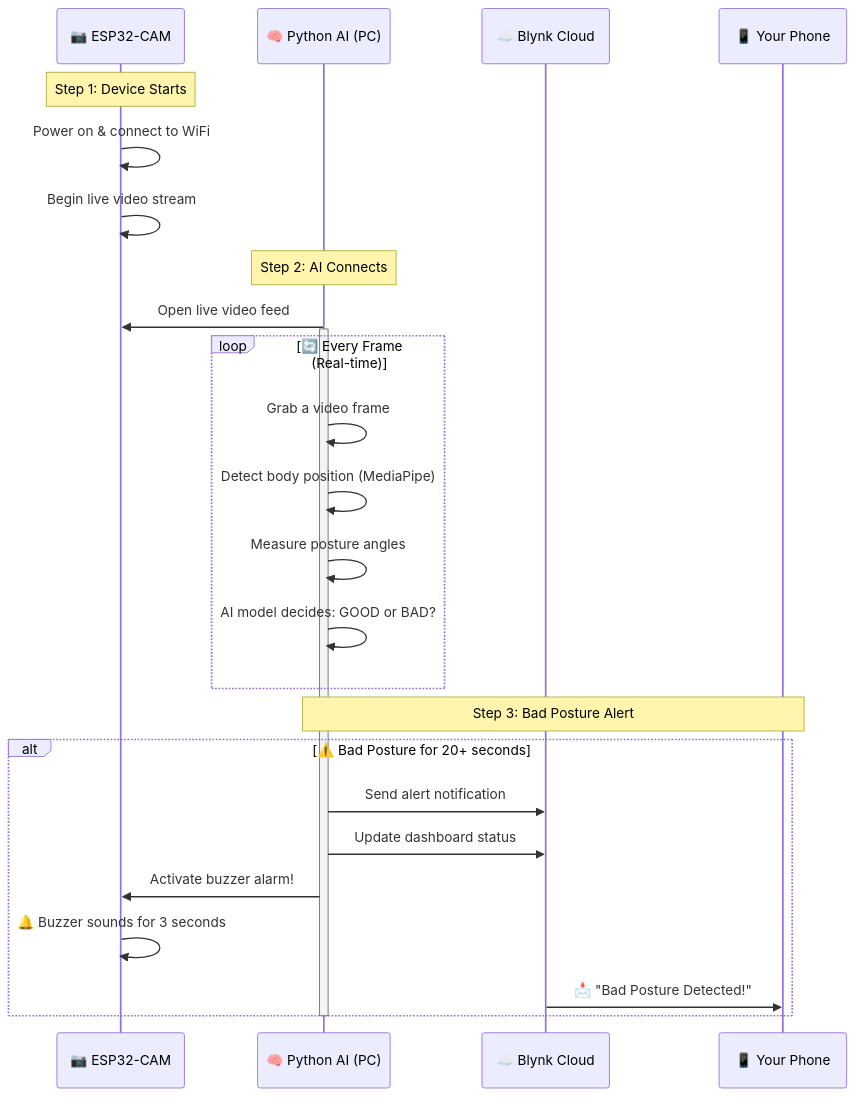
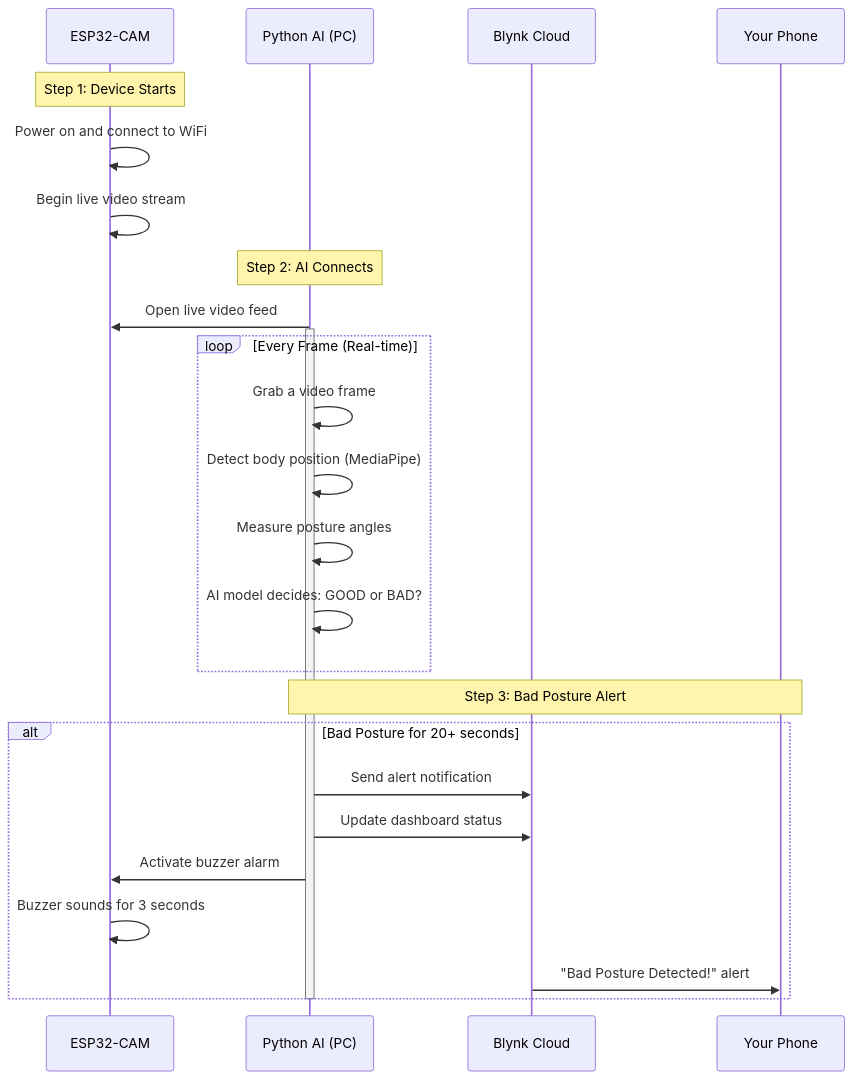
The second of 3 diagrams in README.md (Fatin007/Sitting_Posture_Detection), drawn with Mermaid before and after one commit.

````diff
--- a/README.md
+++ b/README.md
@@ -76,33 +76,33 @@
 ```mermaid
 sequenceDiagram
-    participant CAM as 📷 ESP32-CAM
-    participant AI as 🧠 Python AI (PC)
-    participant CLOUD as ☁️ Blynk Cloud
-    participant PHONE as 📱 Your Phone
+    participant CAM as ESP32-CAM
+    participant AI as Python AI (PC)
+    participant CLOUD as Blynk Cloud
+    participant PHONE as Your Phone
 
     Note over CAM: Step 1: Device Starts
-    CAM->>CAM: Power on & connect to WiFi
+    CAM->>CAM: Power on and connect to WiFi
     CAM->>CAM: Begin live video stream
 
     Note over AI: Step 2: AI Connects
     AI->>CAM: Open live video feed
     activate AI
 
-    loop 🔄 Every Frame (Real-time)
+    loop Every Frame (Real-time)
         AI->>AI: Grab a video frame
         AI->>AI: Detect body position (MediaPipe)
         AI->>AI: Measure posture angles
         AI->>AI: AI model decides: GOOD or BAD?
     end
 
     Note over AI,PHONE: Step 3: Bad Posture Alert
-    alt ⚠️ Bad Posture for 20+ seconds
+    alt Bad Posture for 20+ seconds
         AI->>CLOUD: Send alert notification
         AI->>CLOUD: Update dashboard status
-        AI->>CAM: Activate buzzer alarm!
-        CAM->>CAM: 🔔 Buzzer sounds for 3 seconds
-        CLOUD->>PHONE: 📩 "Bad Posture Detected!"
+        AI->>CAM: Activate buzzer alarm
+        CAM->>CAM: Buzzer sounds for 3 seconds
+        CLOUD->>PHONE: "Bad Posture Detected!" alert
     end
 
     deactivate AI
 ```
````
